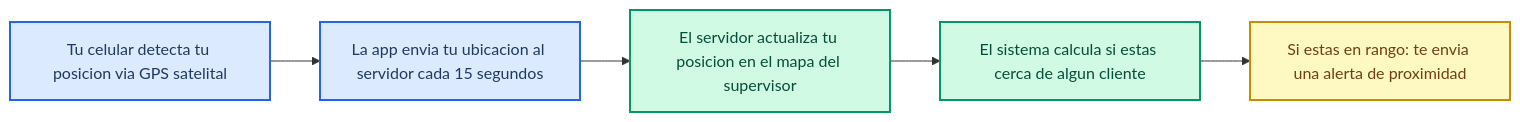
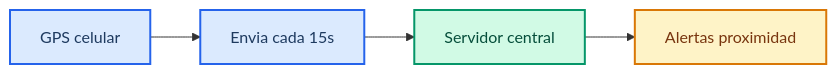
One commit to multiagents-fer/gps-platform-docs changed the fifth of 7 diagrams in docs/guia-usuario/manual-pwa.md. Above: the diagram before and after it, drawn with Mermaid. The commit also changed other lines of this file and 1 other file, not shown here.

Commit message:
docs: refactor both manuals — cleaner diagrams, better structure

````diff
--- a/docs/guia-usuario/manual-pwa.md
+++ b/docs/guia-usuario/manual-pwa.md
@@ -341,12 +377,10 @@
 ```mermaid
 flowchart LR
-    A["Tu celular detecta tu posicion via GPS satelital"]:::blue
-    A --> B["La app envia tu ubicacion al servidor cada 15 segundos"]:::blue
-    B --> C["El servidor actualiza tu posicion en el mapa del supervisor"]:::green
-    C --> D["El sistema calcula si estas cerca de algun cliente"]:::green
-    D --> E["Si estas en rango: te envia una alerta de proximidad"]:::alert
+    A["GPS celular"]:::blue --> B["Envia cada 15s"]:::blue
+    B --> C["Servidor central"]:::green
+    C --> D["Alertas proximidad"]:::amber
 
     classDef blue fill:#dbeafe,stroke:#2563eb,stroke-width:2px,color:#1e3a5f
     classDef green fill:#d1fae5,stroke:#059669,stroke-width:2px,color:#064e3b
-    classDef alert fill:#fef9c3,stroke:#ca8a04,stroke-width:2px,color:#713f12
+    classDef amber fill:#fef3c7,stroke:#d97706,stroke-width:2px,color:#78350f
 ```
````
